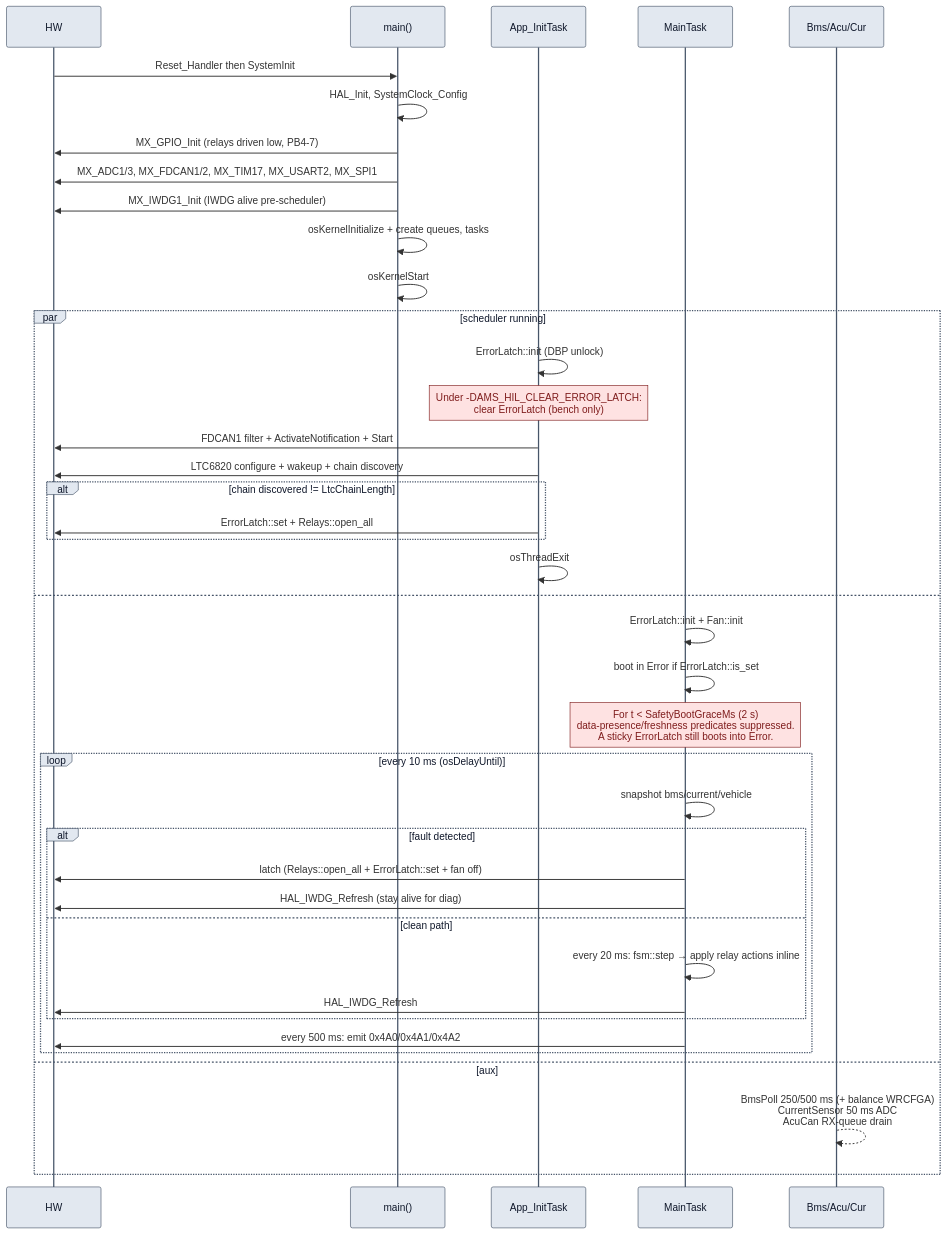
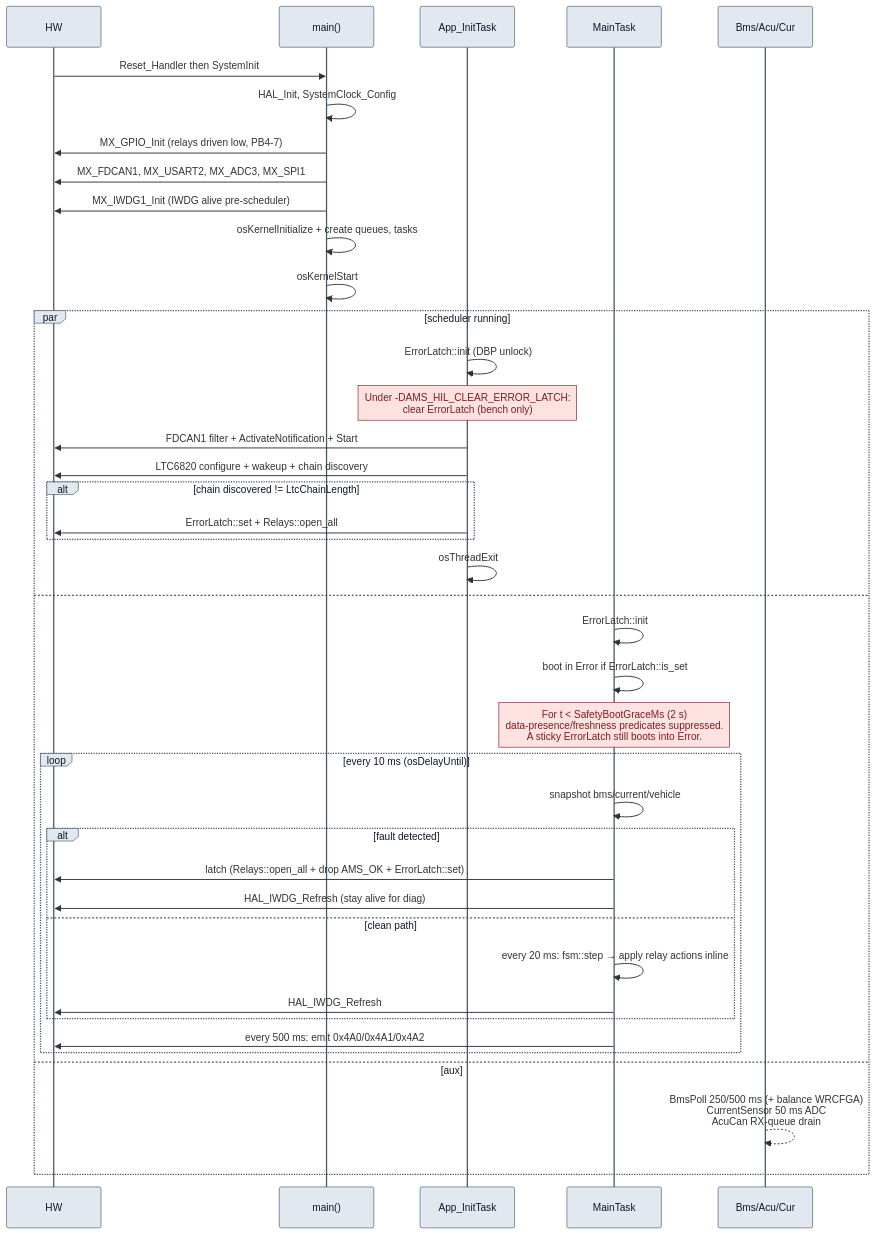
One commit to isc-fs/IFS08-CE-AMS changed the fourth of 4 diagrams in docs/ARCHITECTURE.md. Above: the diagram before and after it, drawn with Mermaid. The commit also changed other lines of this file and 15 other files, not shown here.

````diff
--- a/docs/ARCHITECTURE.md
+++ b/docs/ARCHITECTURE.md
@@ -511,49 +509,49 @@
 ```mermaid
 %%{init: {'theme':'base','themeVariables':{
   'actorBkg':'#e2e8f0','actorBorder':'#475569','actorTextColor':'#0f172a',
   'noteBkgColor':'#fee2e2','noteBorderColor':'#7f1d1d','noteTextColor':'#7f1d1d',
   'sequenceNumberColor':'#0f172a'
 }}}%%
 sequenceDiagram
   participant HW
   participant main as main()
   participant init as App_InitTask
   participant Main as MainTask
   participant aux as Bms/Acu/Cur
 
   HW->>main: Reset_Handler then SystemInit
   main->>main: HAL_Init, SystemClock_Config
   main->>HW: MX_GPIO_Init (relays driven low, PB4-7)
-  main->>HW: MX_ADC1/3, MX_FDCAN1/2, MX_TIM17, MX_USART2, MX_SPI1
+  main->>HW: MX_FDCAN1, MX_USART2, MX_ADC3, MX_SPI1
   main->>HW: MX_IWDG1_Init (IWDG alive pre-scheduler)
   main->>main: osKernelInitialize + create queues, tasks
   main->>main: osKernelStart
 
   par scheduler running
     init->>init: ErrorLatch::init (DBP unlock)
     Note over init: Under -DAMS_HIL_CLEAR_ERROR_LATCH:<br/>clear ErrorLatch (bench only)
     init->>HW: FDCAN1 filter + ActivateNotification + Start
     init->>HW: LTC6820 configure + wakeup + chain discovery
     alt chain discovered != LtcChainLength
       init->>HW: ErrorLatch::set + Relays::open_all
     end
     init->>init: osThreadExit
   and
-    Main->>Main: ErrorLatch::init + Fan::init
+    Main->>Main: ErrorLatch::init
     Main->>Main: boot in Error if ErrorLatch::is_set
     Note over Main: For t < SafetyBootGraceMs (2 s)<br/>data-presence/freshness predicates suppressed.<br/>A sticky ErrorLatch still boots into Error.
     loop every 10 ms (osDelayUntil)
       Main->>Main: snapshot bms/current/vehicle
       alt fault detected
-        Main->>HW: latch (Relays::open_all + ErrorLatch::set + fan off)
+        Main->>HW: latch (Relays::open_all + drop AMS_OK + ErrorLatch::set)
         Main->>HW: HAL_IWDG_Refresh (stay alive for diag)
       else clean path
         Main->>Main: every 20 ms: fsm::step → apply relay actions inline
         Main->>HW: HAL_IWDG_Refresh
       end
       Main->>HW: every 500 ms: emit 0x4A0/0x4A1/0x4A2
     end
   and aux
     aux-->>aux: BmsPoll 250/500 ms (+ balance WRCFGA)<br/>CurrentSensor 50 ms ADC<br/>AcuCan RX-queue drain
   end
 ```
````
